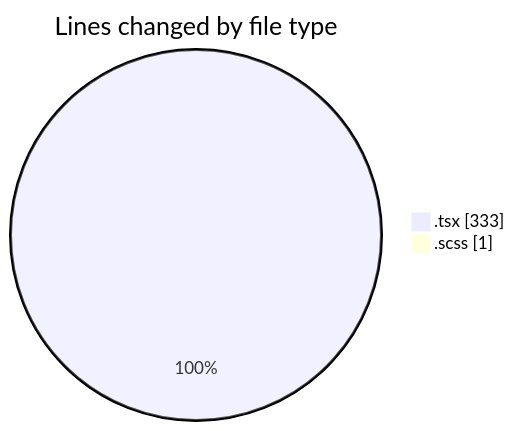
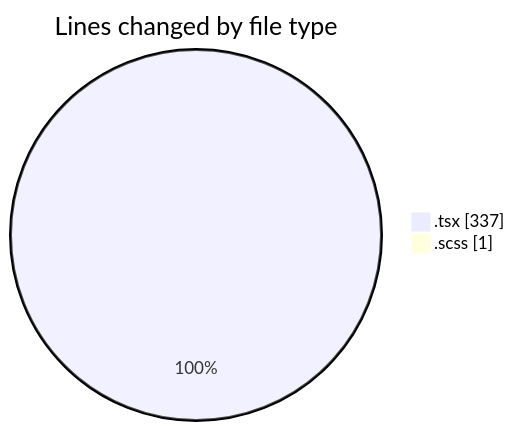
The first of 2 diagrams in 2025-03-19/cda/README.md (momahboobian/code-tracking), drawn with Mermaid before and after one commit. The commit also changed other lines of this file and 1 other file, not shown here.

````diff
--- a/2025-03-19/cda/README.md
+++ b/2025-03-19/cda/README.md
@@ -23,6 +23,6 @@
 ```mermaid
 pie showData
 title Lines changed by file type
-".tsx" : 333
+".tsx" : 337
 ".scss" : 1
 ```
````
